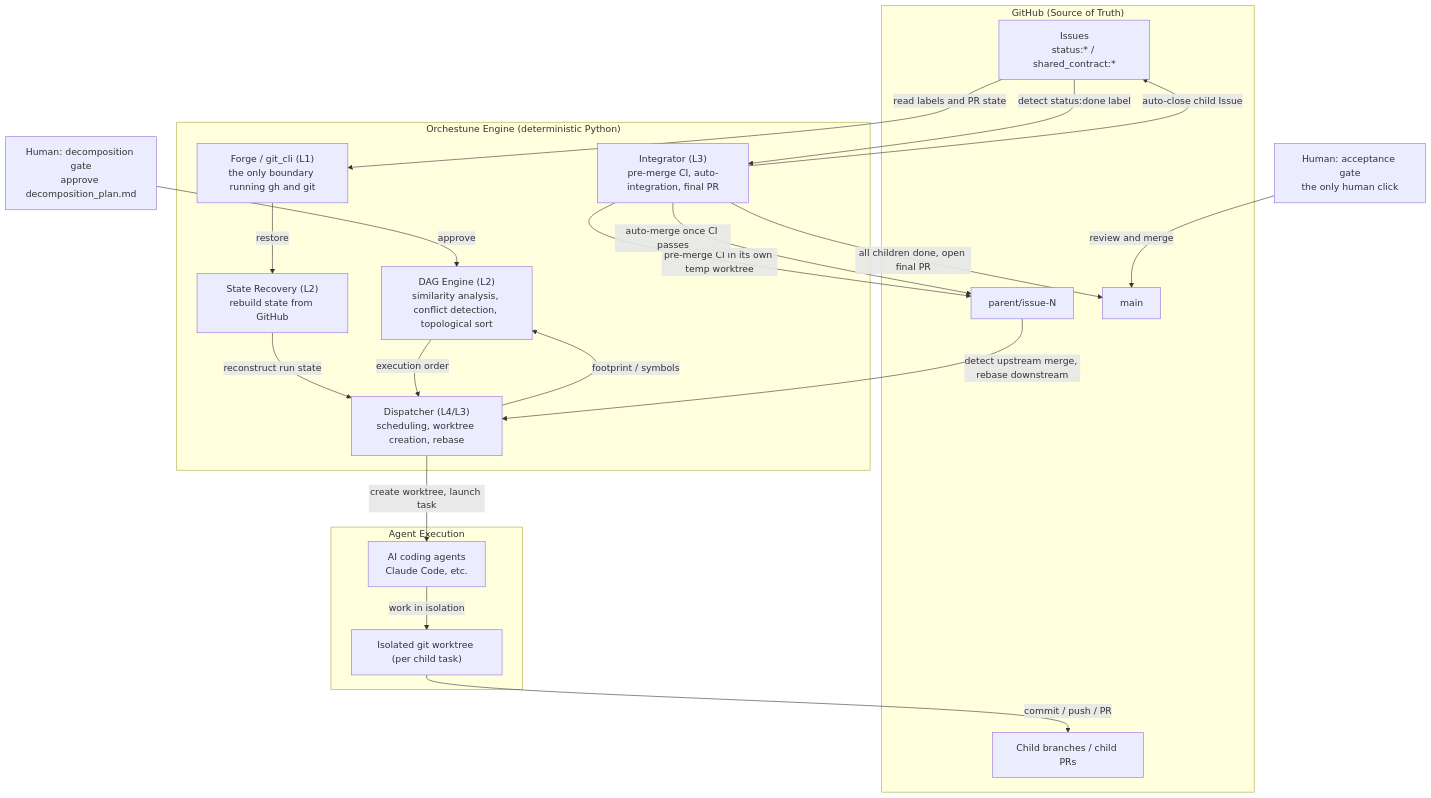
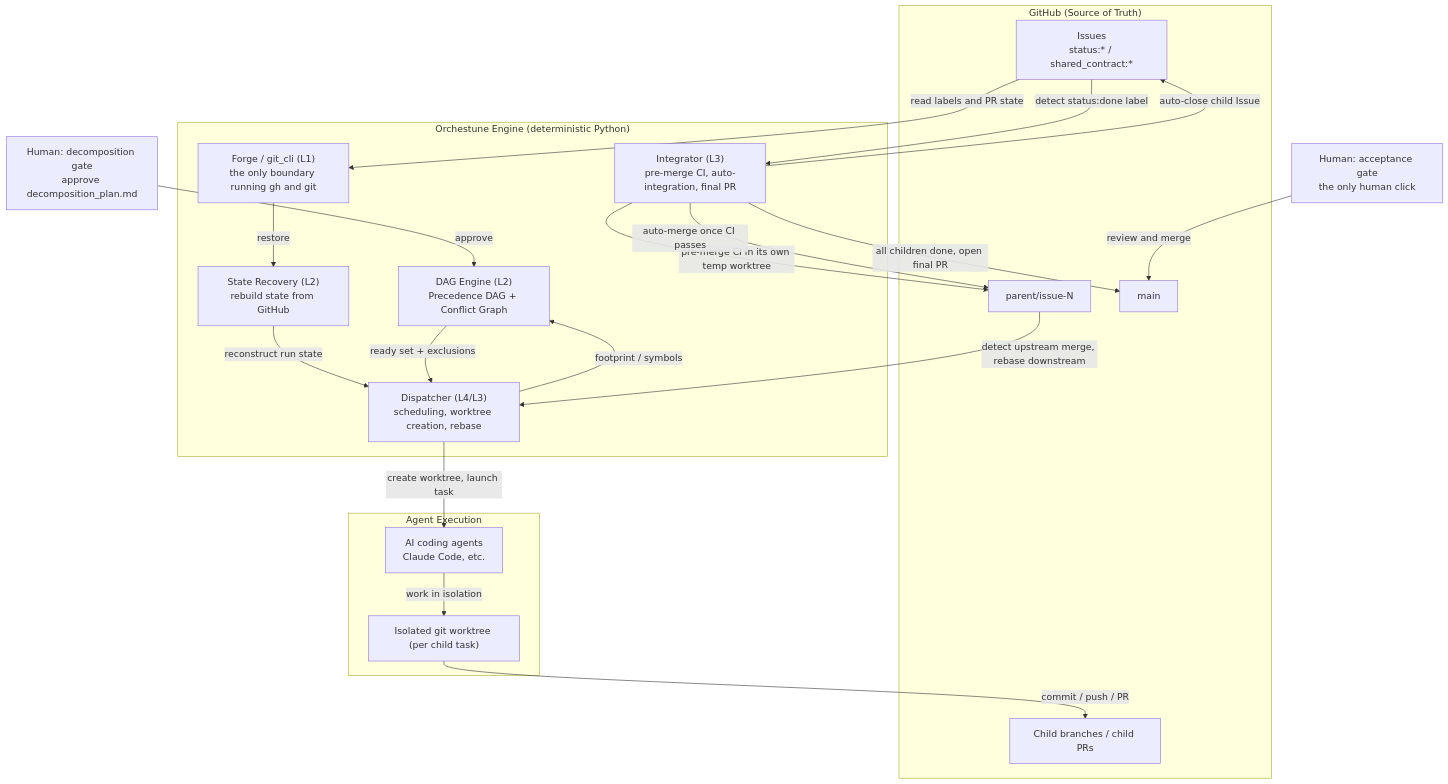
The first of 3 diagrams in docs/en/architecture.md (Saltmu/orchestune), drawn with Mermaid before and after one commit. The commit also changed other lines of this file and 38 other files, not shown here.

Commit message:
feat(dag): separate precedence and conflict graphs

````diff
--- a/docs/en/architecture.md
+++ b/docs/en/architecture.md
@@ -11,42 +11,42 @@
 ```mermaid
 graph TD
     HU1["Human: decomposition gate<br/>approve decomposition_plan.md"]
     HU2["Human: acceptance gate<br/>the only human click"]
 
     subgraph GH ["GitHub (Source of Truth)"]
         GI["Issues<br/>status:* / shared_contract:*"]
         GP["Child branches / child PRs"]
         PB["parent/issue-N"]
         MB["main"]
     end
 
     subgraph ENG ["Orchestune Engine (deterministic Python)"]
         L1["Forge / git_cli (L1)<br/>the only boundary running gh and git"]
         REC["State Recovery (L2)<br/>rebuild state from GitHub"]
-        DAG["DAG Engine (L2)<br/>similarity analysis, conflict detection, topological sort"]
+        DAG["DAG Engine (L2)<br/>Precedence DAG + Conflict Graph"]
         DP["Dispatcher (L4/L3)<br/>scheduling, worktree creation, rebase"]
         IG["Integrator (L3)<br/>pre-merge CI, auto-integration, final PR"]
     end
 
     subgraph EX ["Agent Execution"]
         WT["Isolated git worktree (per child task)"]
         AG["AI coding agents<br/>Claude Code, etc."]
     end
 
     HU1 -->|approve| DAG
     GI -->|read labels and PR state| L1
     L1 -->|restore| REC
     REC -->|reconstruct run state| DP
-    DAG -->|execution order| DP
+    DAG -->|ready set + exclusions| DP
     DP -->|footprint / symbols| DAG
     DP -->|create worktree, launch task| AG
     AG -->|work in isolation| WT
     WT -->|commit / push / PR| GP
     GI -->|detect status:done label| IG
     IG -->|pre-merge CI in its own temp worktree| PB
     IG -->|auto-merge once CI passes| PB
     IG -->|auto-close child Issue| GI
     PB -->|detect upstream merge, rebase downstream| DP
     IG -->|all children done, open final PR| MB
     HU2 -->|review and merge| MB
 ```
````
